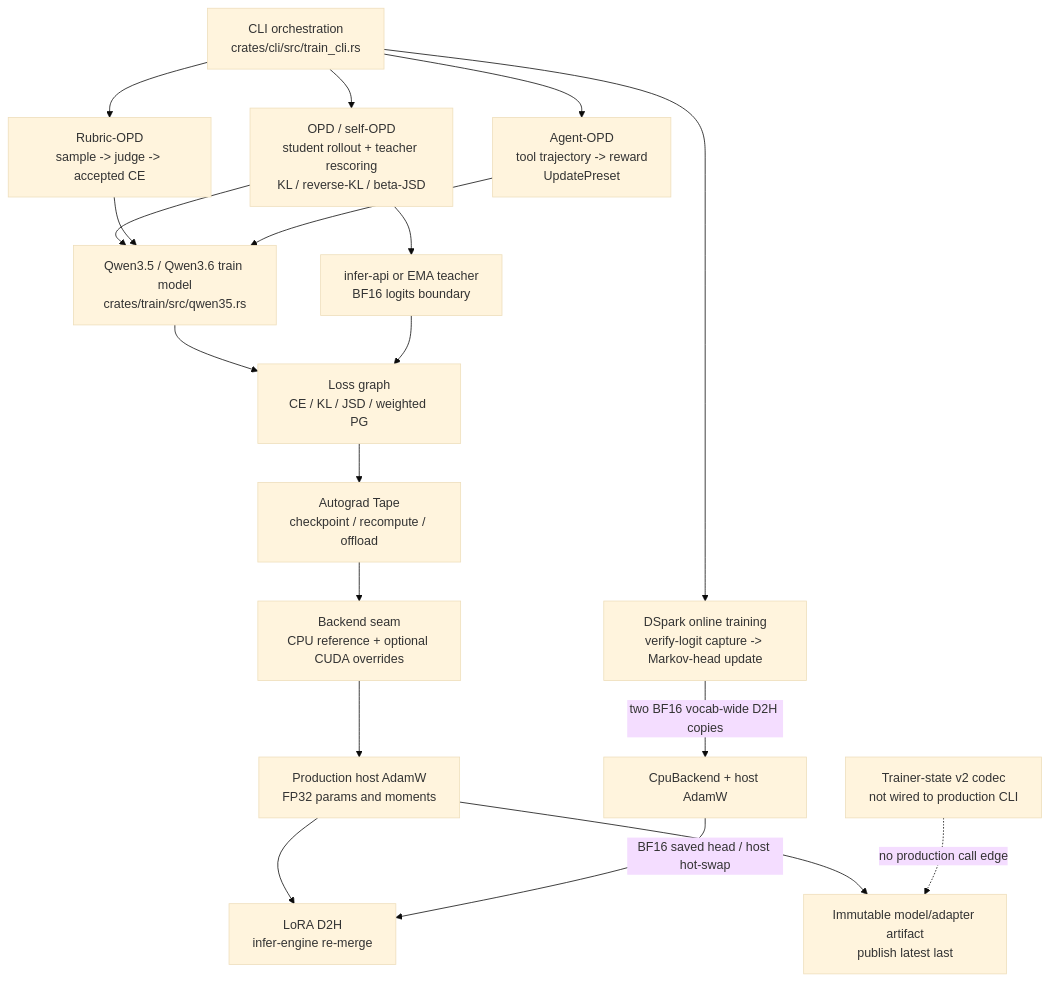
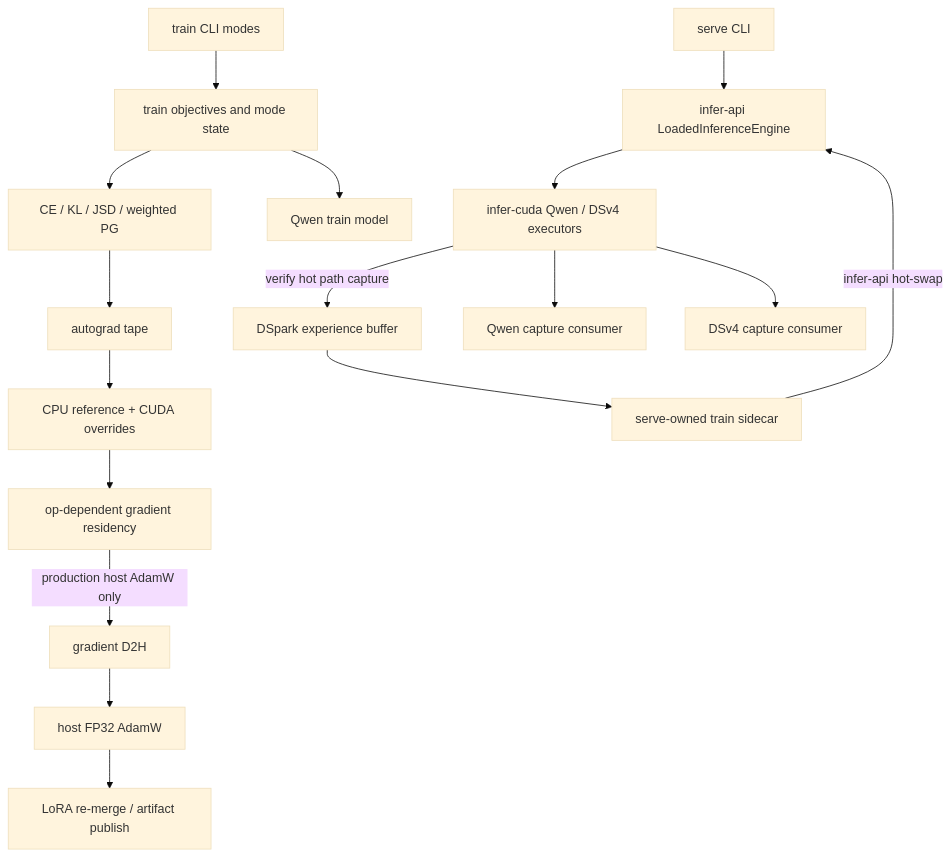
Before and after one commit to acupof-ai/arle: the first of 2 diagrams in docs/research/2026-07-26-training-architecture-algorithm-kernel-audit.md, drawn with Mermaid (base theme). The commit also changed other lines of this file, not shown here.

Commit message:
docs: correct training architecture audit

````diff
--- a/docs/research/2026-07-26-training-architecture-algorithm-kernel-audit.md
+++ b/docs/research/2026-07-26-training-architecture-algorithm-kernel-audit.md
@@ -132,36 +102,20 @@
 ```mermaid
 flowchart TD
-  CLI["CLI orchestration<br/>crates/cli/src/train_cli.rs"]
-  OPD["OPD / self-OPD<br/>student rollout + teacher rescoring<br/>KL / reverse-KL / beta-JSD"]
-  RUBRIC["Rubric-OPD<br/>sample -> judge -> accepted CE"]
-  AGENT["Agent-OPD<br/>tool trajectory -> reward<br/>UpdatePreset"]
-  DSPARK["DSpark online training<br/>verify-logit capture -> Markov-head update"]
-  STUDENT["Qwen3.5 / Qwen3.6 train model<br/>crates/train/src/qwen35.rs"]
-  TEACHER["infer-api or EMA teacher<br/>BF16 logits boundary"]
-  LOSS["Loss graph<br/>CE / KL / JSD / weighted PG"]
-  TAPE["Autograd Tape<br/>checkpoint / recompute / offload"]
-  BACKEND["Backend seam<br/>CPU reference + optional CUDA overrides"]
-  OPT["Production host AdamW<br/>FP32 params and moments"]
-  SYNC["LoRA D2H<br/>infer-engine re-merge"]
-  ART["Immutable model/adapter artifact<br/>publish latest last"]
-  CODEC["Trainer-state v2 codec<br/>not wired to production CLI"]
+  TRAINCLI["train CLI modes"] --> TRAIN["train objectives and mode state"]
+  SERVECLI["serve CLI"] --> ENGINE["infer-api LoadedInferenceEngine"]
+  ENGINE --> CUDA["infer-cuda Qwen / DSv4 executors"]
+  TRAIN --> MODEL["Qwen train model"]
+  TRAIN --> LOSS["CE / KL / JSD / weighted PG"]
+  LOSS --> TAPE["autograd tape"]
+  TAPE --> BACKEND["CPU reference + CUDA overrides"]
+  BACKEND --> RES["op-dependent gradient residency"]
+  RES -->|"production host AdamW only"| D2H["gradient D2H"]
+  D2H --> OPT["host FP32 AdamW"]
+  OPT --> SYNC["LoRA re-merge / artifact publish"]
 
-  CLI --> OPD
-  CLI --> RUBRIC
-  CLI --> AGENT
-  CLI --> DSPARK
-  OPD --> STUDENT
-  OPD --> TEACHER
-  RUBRIC --> STUDENT
-  AGENT --> STUDENT
-  STUDENT --> LOSS
-  TEACHER --> LOSS
-  LOSS --> TAPE
-  TAPE --> BACKEND
-  BACKEND --> OPT
-  OPT --> SYNC
-  OPT --> ART
-  CODEC -. "no production call edge" .-> ART
-  DSPARK -->|"two BF16 vocab-wide D2H copies"| DSPCPU["CpuBackend + host AdamW"]
-  DSPCPU -->|"BF16 saved head / host hot-swap"| SYNC
+  CUDA -->|"verify hot path capture"| BUF["DSpark experience buffer"]
+  BUF --> SIDE["serve-owned train sidecar"]
+  SIDE -->|"infer-api hot-swap"| ENGINE
+  CUDA --> QCAP["Qwen capture consumer"]
+  CUDA --> DCAP["DSv4 capture consumer"]
 ```
````
